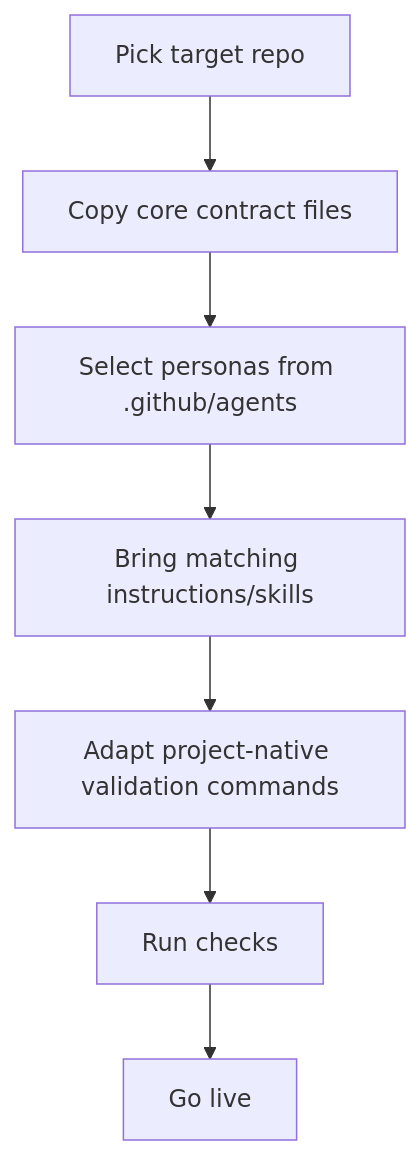
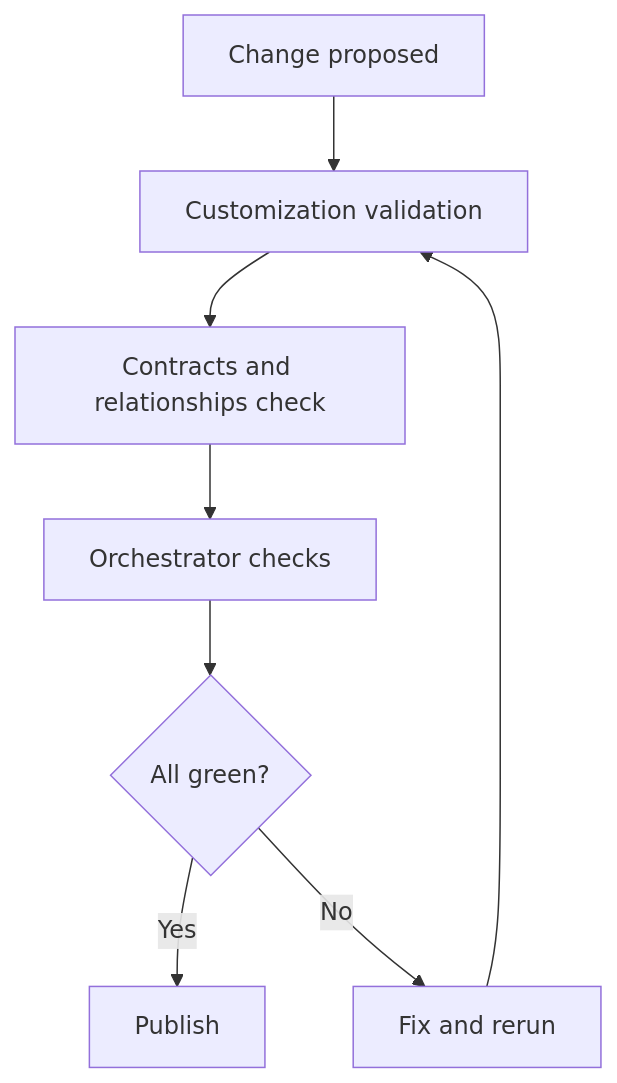
The second of 2 diagrams in README.md (NAYTOUX/Copilot-AI-Agent), drawn with Mermaid before and after one commit. The commit also changed other lines of this file, not shown here.

Commit message:
docs: expand README with detailed agents, rules, and skills

````diff
--- a/README.md
+++ b/README.md
@@ -102,9 +355,10 @@
 ```mermaid
 flowchart TD
-    A[Pick target repo] --> B[Copy core contract files]
-    B --> C[Select personas from .github/agents]
-    C --> D[Bring matching instructions/skills]
-    D --> E[Adapt project-native validation commands]
-    E --> F[Run checks]
-    F --> G[Go live]
+    A[Change proposed] --> B[Customization validation]
+    B --> C[Contracts and relationships check]
+    C --> D[Orchestrator checks]
+    D --> E{All green?}
+    E -- Yes --> F[Publish]
+    E -- No --> G[Fix and rerun]
+    G --> B
 ```
````
